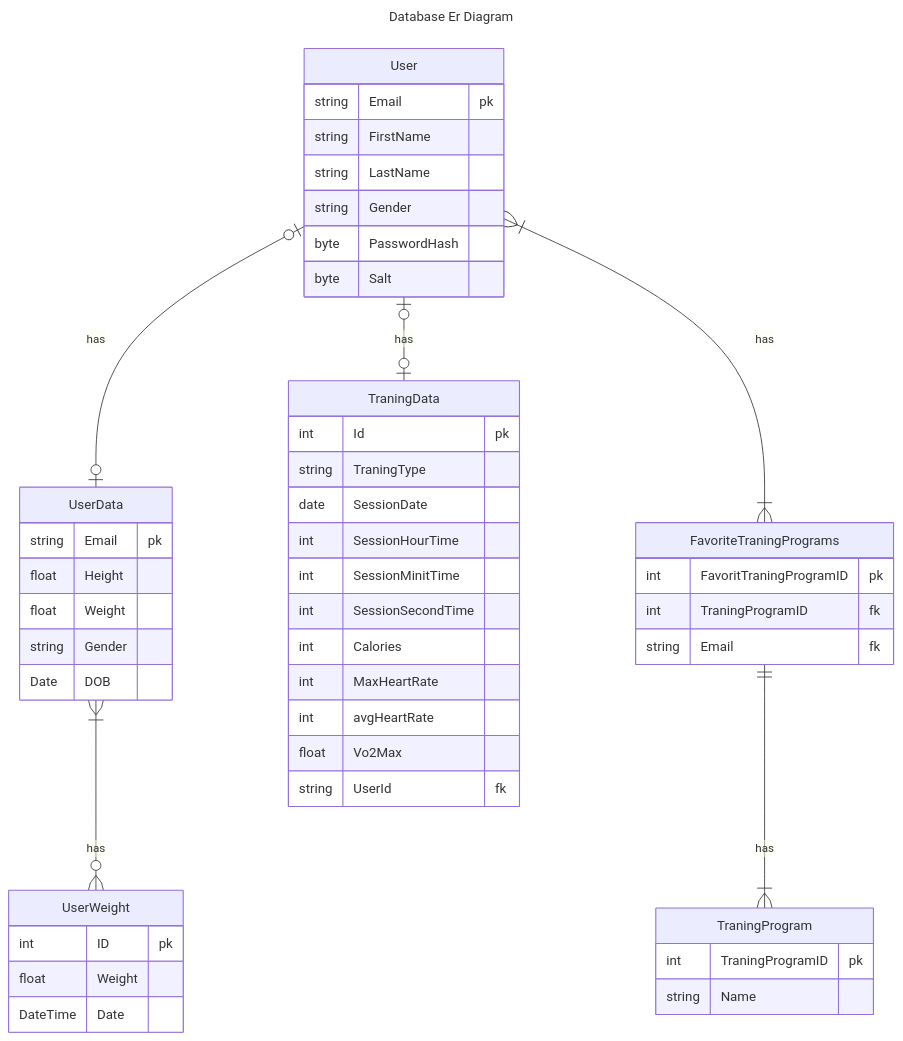
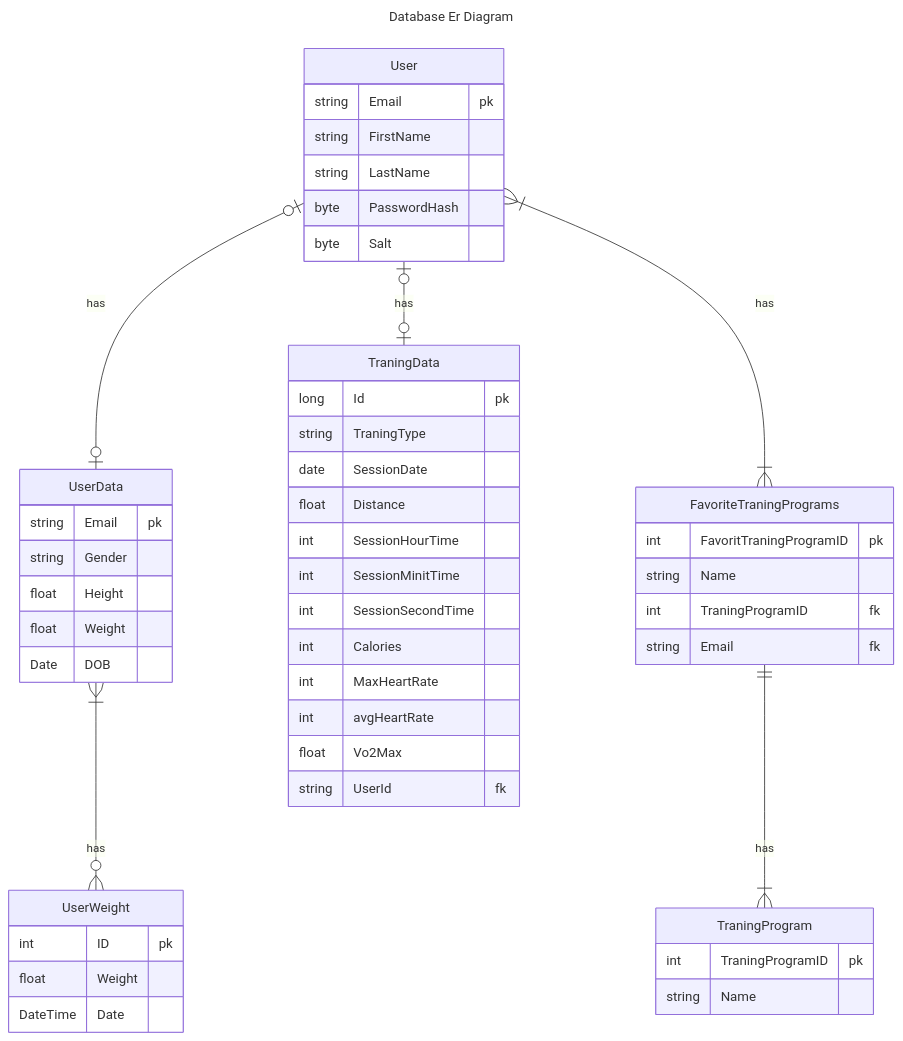
The second of 2 diagrams in Diagrammer/Database/Nyt Database diagram.md (kamar-dk/Sem.Project4), drawn with Mermaid before and after one commit. The commit also changed 1 other file, not shown here.

Commit message:
Diagrams

````diff
--- a/Diagrammer/Database/Nyt Database diagram.md
+++ b/Diagrammer/Database/Nyt Database diagram.md
@@ -28,63 +28,62 @@
 ```mermaid
 ---
 title: Database Er Diagram
 ---
 erDiagram
     User{
         string Email pk
         string FirstName
         string LastName
-        string Gender
         byte PasswordHash
         byte Salt
     }
     
     User |o--o| UserData : has
     User |o--o| TraningData : has
     User }|--|{ FavoriteTraningPrograms : has
 
     UserData {
         string Email pk
+        string Gender
         float Height
         float Weight
-        string Gender
         Date DOB
     }
 
     UserWeight {
         int ID pk
         float Weight
         DateTime Date
     }
 
     UserData }|--o{ UserWeight : has
     
     TraningData {
-        int Id pk
+        long Id pk
         string TraningType
         date SessionDate
+        float Distance
         int SessionHourTime
         int SessionMinitTime
         int SessionSecondTime
         int Calories
         int MaxHeartRate
         int avgHeartRate
         float Vo2Max
         string UserId fk
     }
 
     TraningProgram {
         int TraningProgramID pk
         string Name
     }
 
     FavoriteTraningPrograms ||--|{ TraningProgram : has
 
     FavoriteTraningPrograms {
         int FavoritTraningProgramID pk
+        string Name
         int TraningProgramID fk
         string Email fk
-
     }
-
 ```
````
